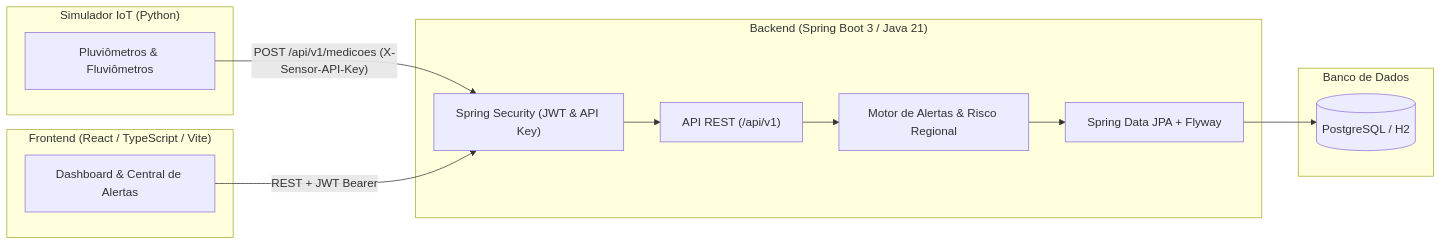
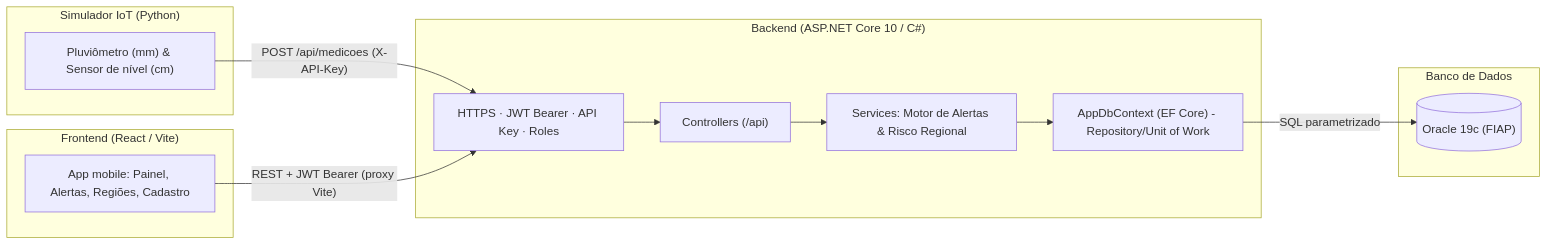
One commit to GuiSaccomani/AlertaJA changed the first of 2 diagrams in README.md. Above: the diagram before and after it, drawn with Mermaid. The commit also changed other lines of this file and 204 other files, not shown here.

First line of the commit message:
feat: projeto AlertaJá em C#/ASP.NET Core + Oracle com testes, frontend mobile e documentação

````diff
--- a/README.md
+++ b/README.md
@@ -33,28 +44,28 @@
 ```mermaid
 flowchart LR
     subgraph IoT_Edge["Simulador IoT (Python)"]
-        Sensors["Pluviômetros & Fluviômetros"]
+        Sensors["Pluviômetro (mm) & Sensor de nível (cm)"]
     end
 
-    subgraph Backend_Layer["Backend (Spring Boot 3 / Java 21)"]
-        API["API REST (/api/v1)"]
-        Security["Spring Security (JWT & API Key)"]
-        Engine["Motor de Alertas & Risco Regional"]
-        Data["Spring Data JPA + Flyway"]
+    subgraph Backend_Layer["Backend (ASP.NET Core 10 / C#)"]
+        Security["HTTPS · JWT Bearer · API Key · Roles"]
+        API["Controllers (/api)"]
+        Engine["Services: Motor de Alertas & Risco Regional"]
+        Data["AppDbContext (EF Core) - Repository/Unit of Work"]
     end
 
     subgraph Storage["Banco de Dados"]
-        DB[("PostgreSQL / H2")]
+        DB[("Oracle 19c (FIAP)")]
     end
 
-    subgraph Frontend_Layer["Frontend (React / TypeScript / Vite)"]
-        UI["Dashboard & Central de Alertas"]
+    subgraph Frontend_Layer["Frontend (React / Vite)"]
+        UI["App mobile: Painel, Alertas, Regiões, Cadastro"]
     end
 
-    Sensors -->|"POST /api/v1/medicoes (X-Sensor-API-Key)"| Security
-    UI -->|"REST + JWT Bearer"| Security
+    Sensors -->|"POST /api/medicoes (X-API-Key)"| Security
+    UI -->|"REST + JWT Bearer (proxy Vite)"| Security
     Security --> API
     API --> Engine
     Engine --> Data
-    Data --> DB
+    Data -->|"SQL parametrizado"| DB
 ```
````
